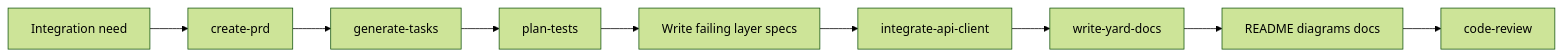
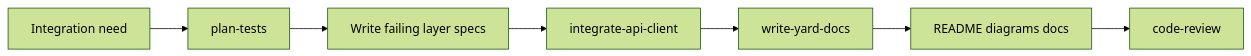
Diagram 15 of 16 in docs/agent-guide.md (igmarin/rails-agent-skills), drawn with Mermaid (forest theme) before and after one commit. The commit also changed other lines of this file and 120 other files, not shown here.

````diff
--- a/docs/agent-guide.md
+++ b/docs/agent-guide.md
@@ -667,11 +635,9 @@
 ```mermaid
 flowchart LR
-    A[Integration need] --> B[create-prd]
-    B --> C[generate-tasks]
-    C --> D[plan-tests]
+    A[Integration need] --> D[plan-tests]
     D --> E["Write failing layer specs"]
     E --> F[integrate-api-client]
     F --> G[write-yard-docs]
     G --> H[README diagrams docs]
     H --> I[code-review]
 ```
````
